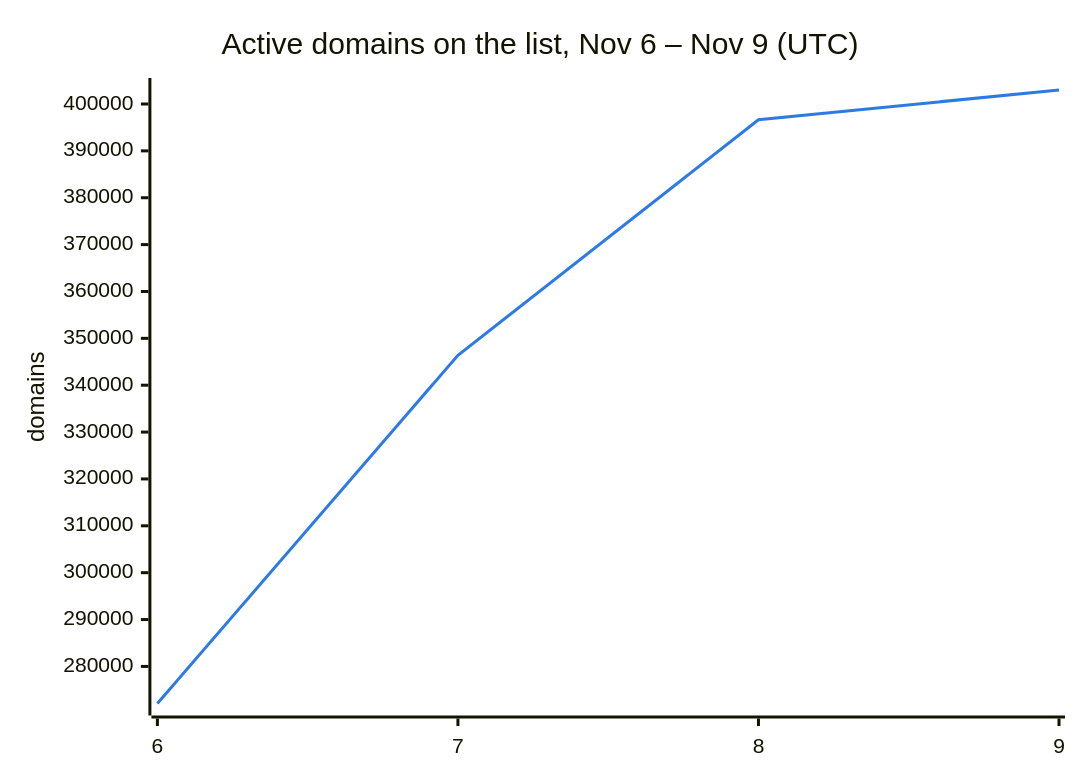
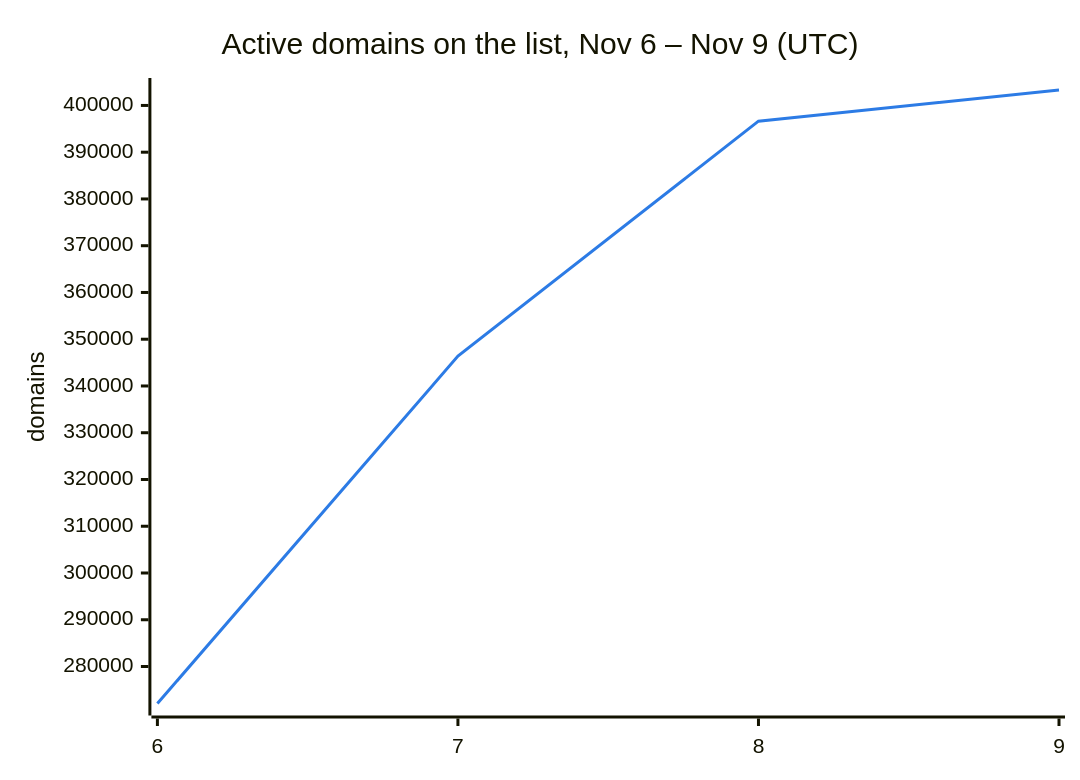
The second of 3 diagrams in README.md (DNSBunker/CTI), drawn with Mermaid before and after one commit. The commit also changed other lines of this file and 3 other files, not shown here.

````diff
--- a/README.md
+++ b/README.md
@@ -38,8 +38,8 @@
 ```mermaid
 %%{init: {"themeVariables": {"xyChart": {"plotColorPalette": "#2c7be5"}}}}%%
 xychart-beta
     title "Active domains on the list, Nov 6 – Nov 9 (UTC)"
     x-axis ["6", "7", "8", "9"]
     y-axis "domains"
-    line [272088, 346388, 396638, 402987]
+    line [272088, 346388, 396638, 403303]
 ```
````
